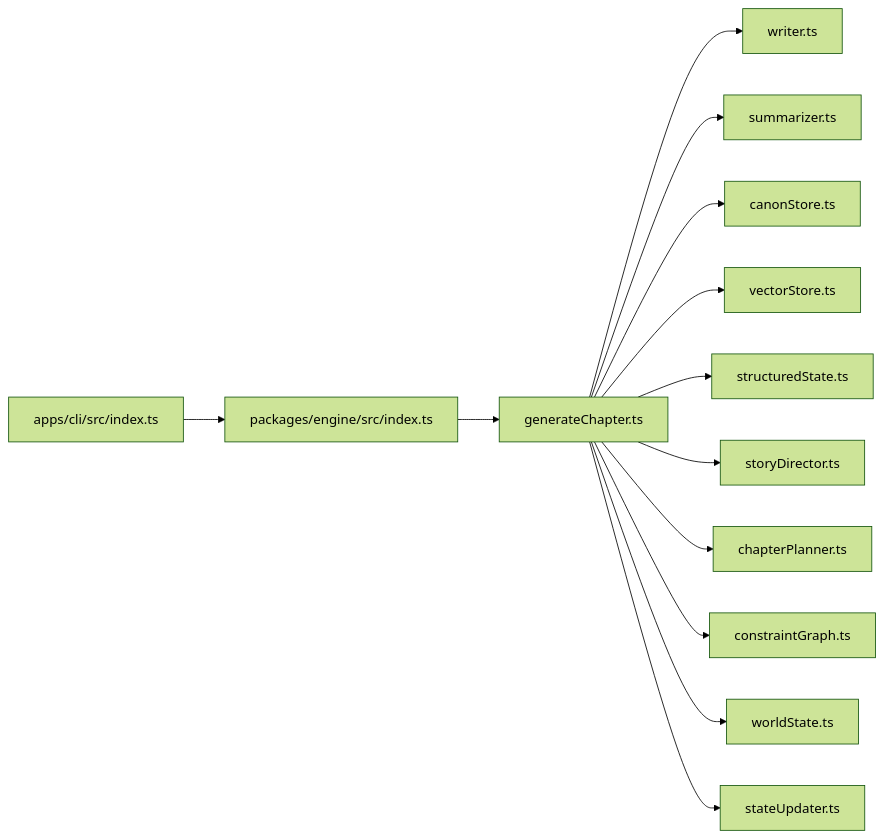
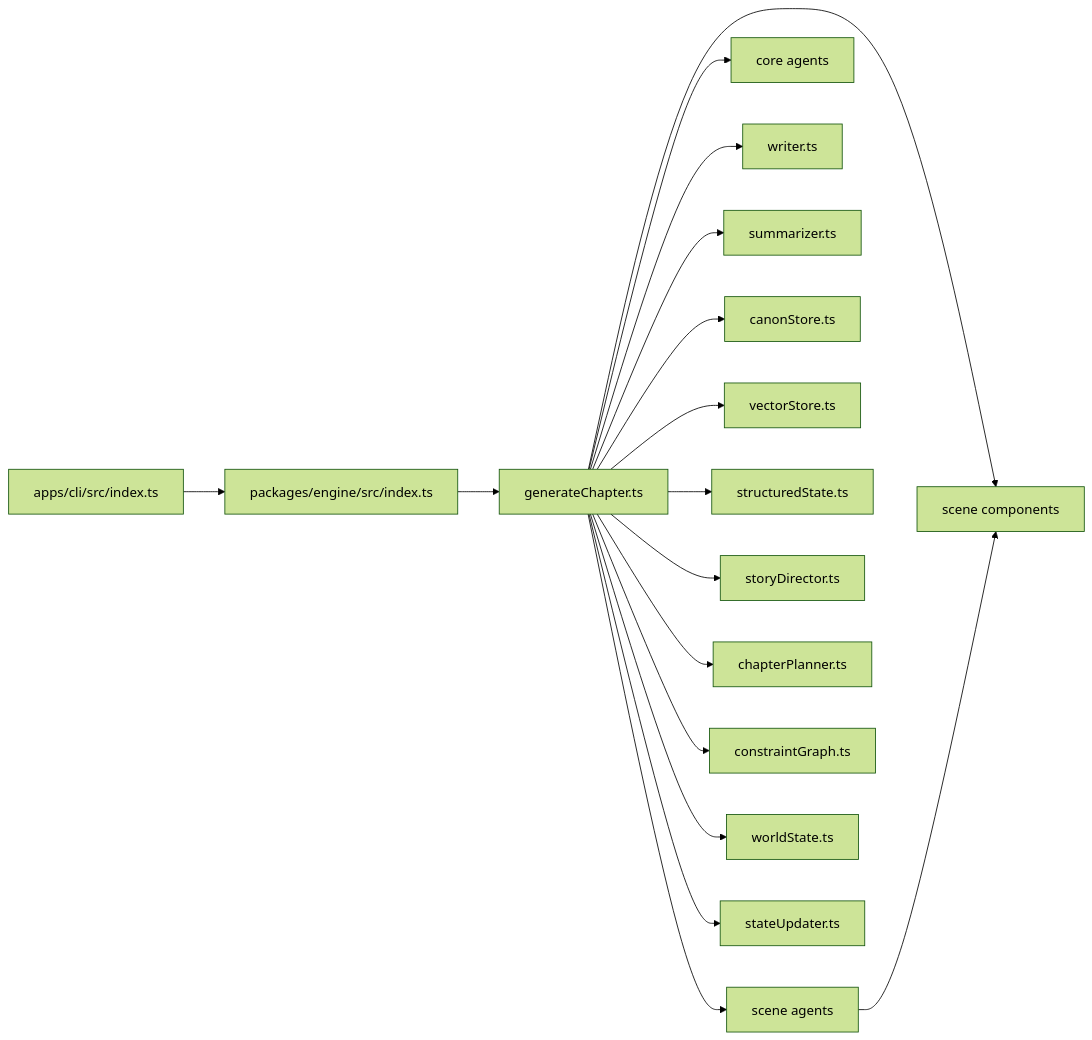
One commit to liwonder/NARRITIVE_OS changed diagram 13 of 13 in .qoder/repowiki/en/content/Progress Documentation.md. Above: the diagram before and after it, drawn with Mermaid (forest theme). The commit also changed other lines of this file and 7 other files, not shown here.

````diff
--- a/.qoder/repowiki/en/content/Progress Documentation.md
+++ b/.qoder/repowiki/en/content/Progress Documentation.md
@@ -463,15 +534,19 @@
 ```mermaid
 graph LR
 CLI["apps/cli/src/index.ts"] --> ENGINE["packages/engine/src/index.ts"]
 ENGINE --> PIPELINE["generateChapter.ts"]
+PIPELINE --> SCENE_AGENTS["scene agents"]
+PIPELINE --> CORE_AGENTS["core agents"]
+PIPELINE --> SCENE_COMPONENTS["scene components"]
 PIPELINE --> WRITER["writer.ts"]
 PIPELINE --> SUMMARIZER["summarizer.ts"]
 PIPELINE --> CANON["canonStore.ts"]
 PIPELINE --> VECTOR["vectorStore.ts"]
 PIPELINE --> STATE["structuredState.ts"]
 PIPELINE --> DIRECTOR["storyDirector.ts"]
 PIPELINE --> PLANNER["chapterPlanner.ts"]
 PIPELINE --> CONSTRAINTS["constraintGraph.ts"]
 PIPELINE --> WORLD["worldState.ts"]
 PIPELINE --> UPDATER["stateUpdater.ts"]
+SCENE_AGENTS --> SCENE_COMPONENTS
 ```
````
